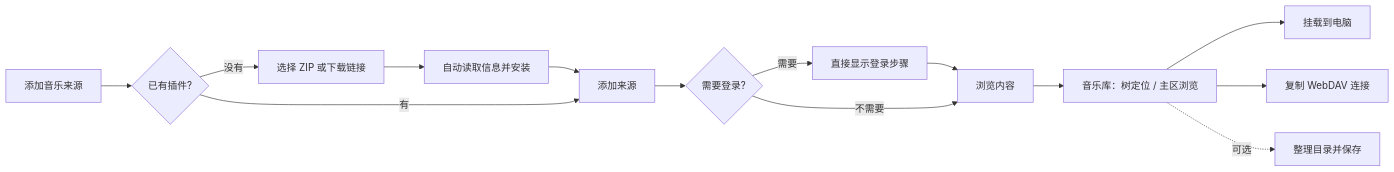
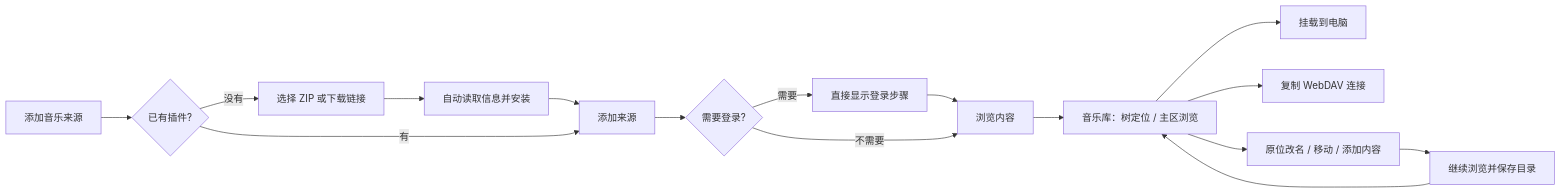
The first of 2 diagrams in docs/architecture/web-ui.md (shengyusi-SYS/musicfs), drawn with Mermaid before and after one commit. The commit also changed other lines of this file and 8 other files, not shown here.

````diff
--- a/docs/architecture/web-ui.md
+++ b/docs/architecture/web-ui.md
@@ -23,16 +23,18 @@
 ```mermaid
 flowchart LR
   A[添加音乐来源] --> B{已有插件?}
   B -->|没有| C[选择 ZIP 或下载链接]
   C --> D[自动读取信息并安装]
   D --> E[添加来源]
   B -->|有| E
   E --> F{需要登录?}
   F -->|需要| G[直接显示登录步骤]
   G --> H[浏览内容]
   F -->|不需要| H
   H --> I[音乐库：树定位 / 主区浏览]
   I --> J[挂载到电脑]
   I --> K[复制 WebDAV 连接]
-  I -. 可选 .-> L[整理目录并保存]
+  I --> L[原位改名 / 移动 / 添加内容]
+  L --> M[继续浏览并保存目录]
+  M --> I
 ```
````
